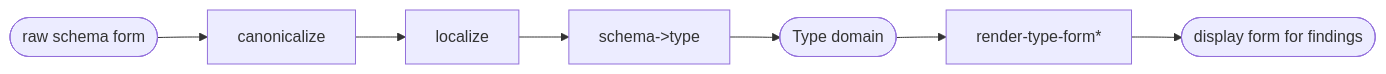
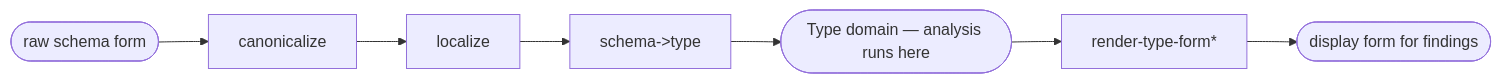
One commit to nomicflux/skeptic changed the third of 3 diagrams in skeptic/docs/walkthrough/05-admission-paths.md. Above: the diagram before and after it, drawn with Mermaid. The commit also changed other lines of this file and 12 other files, not shown here.

````diff
--- a/skeptic/docs/walkthrough/05-admission-paths.md
+++ b/skeptic/docs/walkthrough/05-admission-paths.md
@@ -267,10 +460,10 @@
 ```mermaid
 flowchart LR
   raw([raw schema form])
   raw --> can[canonicalize]
   can --> loc[localize]
   loc --> bridge[schema->type]
-  bridge --> tdom([Type domain])
+  bridge --> tdom([Type domain — analysis runs here])
   tdom --> render[render-type-form*]
   render --> disp([display form for findings])
 ```
````
